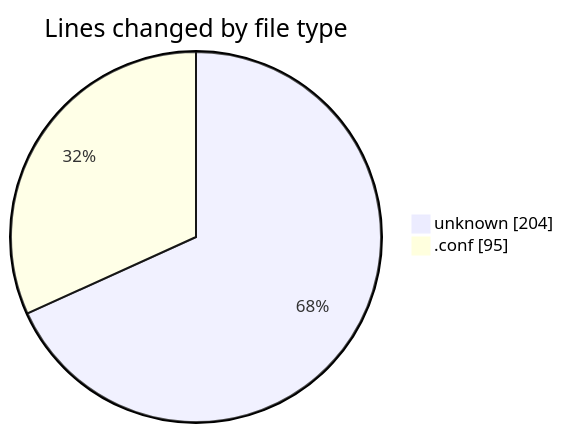
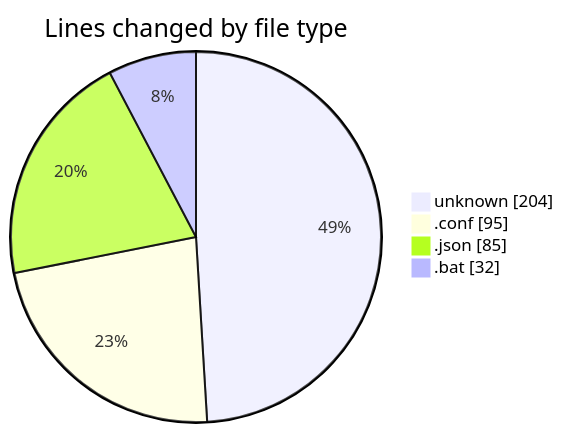
One commit to lephambinh05/code-tracking changed the first of 2 diagrams in 2025-07-12/shopaccv1/README.md. Above: the diagram before and after it, drawn with Mermaid. The commit also changed other lines of this file and 1 other file, not shown here.

````diff
--- a/2025-07-12/shopaccv1/README.md
+++ b/2025-07-12/shopaccv1/README.md
@@ -24,6 +26,8 @@
 ```mermaid
 pie showData
 title Lines changed by file type
 "unknown" : 204
 ".conf" : 95
+".json" : 85
+".bat" : 32
 ```
````
